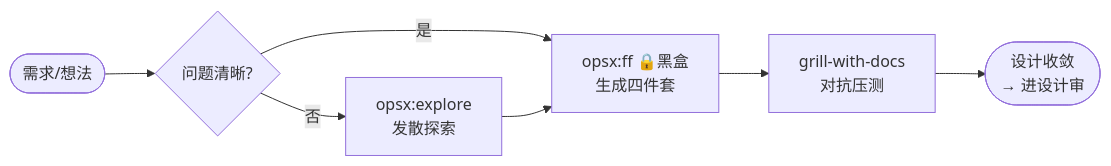
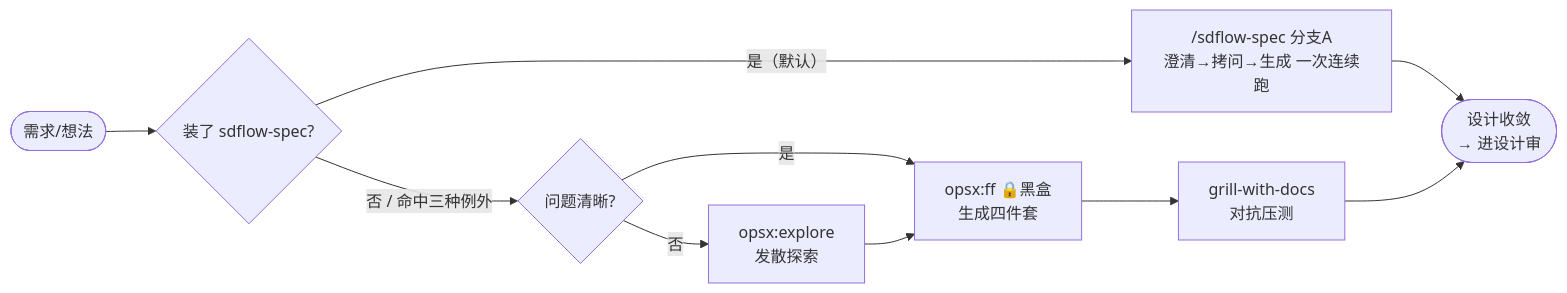
The third of 8 diagrams in docs/workflow-overview.md (laodao-ai/sdflow-skills), drawn with Mermaid before and after one commit. The commit also changed other lines of this file and 10 other files, not shown here.

````diff
--- a/docs/workflow-overview.md
+++ b/docs/workflow-overview.md
@@ -93,9 +98,12 @@
 ```mermaid
 flowchart LR
-    S(["需求/想法"]) --> E{"问题清晰?"}
+    S(["需求/想法"]) --> BR{"装了 sdflow-spec?"}
+    BR -->|"是（默认）"| SP["/sdflow-spec 分支A<br/>澄清→拷问→生成 一次连续跑"]
+    SP --> OUT
+    BR -->|"否 / 命中三种例外"| E{"问题清晰?"}
     E -->|否| EX["opsx:explore<br/>发散探索"]
     E -->|是| FF
     EX --> FF["opsx:ff 🔒黑盒<br/>生成四件套"]
     FF --> GR["grill-with-docs<br/>对抗压测"]
     GR --> OUT(["设计收敛<br/>→ 进设计审"])
 ```
````
